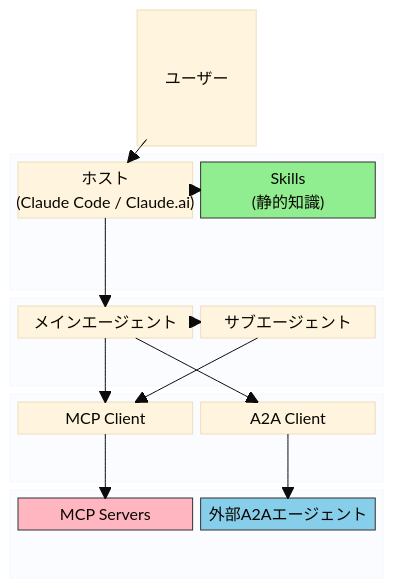
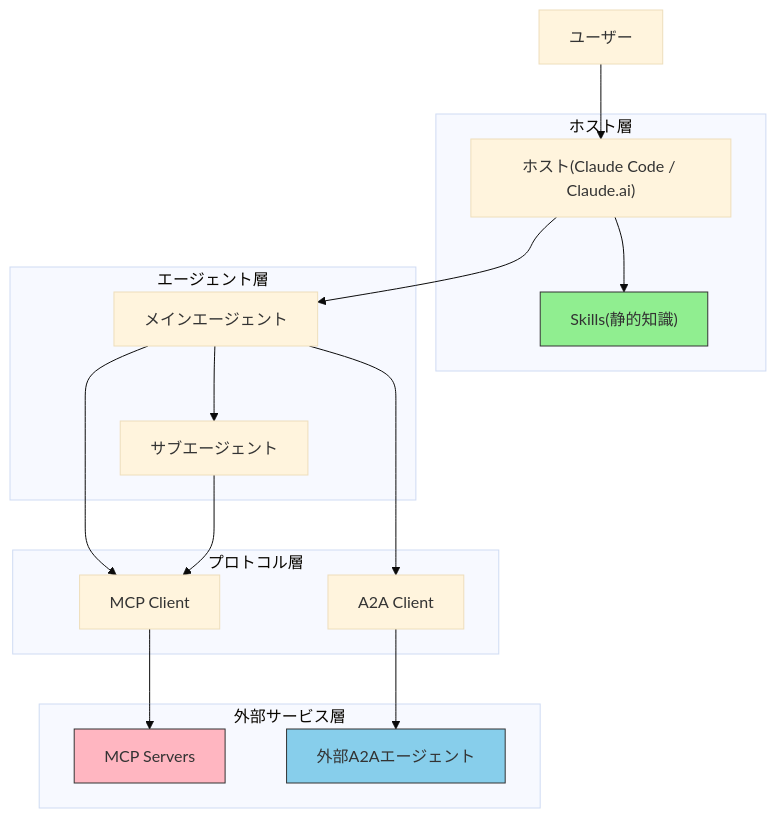
Before and after one commit to shuji-bonji/ai-agent-architecture: the second of 12 diagrams in docs/concepts/03-architecture.ja.md, drawn with Mermaid (base theme). The commit also changed other lines of this file and 16 other files, not shown here.

````diff
--- a/docs/concepts/03-architecture.ja.md
+++ b/docs/concepts/03-architecture.ja.md
@@ -56,40 +56,38 @@
 ```mermaid
-block-beta
-    columns 3
+flowchart TB
+    USER["ユーザー"]
 
-    space:1 USER["ユーザー"]:1 space:1
-
-    block:HOST_LAYER:3
-        columns 3
-        HOST["ホスト\n(Claude Code / Claude.ai)"]:2 SKILL["Skills\n(静的知識)"]:1
+    subgraph HOST_LAYER["ホスト層"]
+        HOST["ホスト<bn>(Claude Code / Claude.ai)"]
+        SKILL["Skills<bn>(静的知識)"]
     end
 
-    block:AGENT_LAYER:3
-        columns 3
-        MAIN["メインエージェント"]:2 SUB["サブエージェント"]:1
+    subgraph AGENT_LAYER["エージェント層"]
+        MAIN["メインエージェント"]
+        SUB["サブエージェント"]
     end
 
-    block:PROTOCOL_LAYER:3
-        columns 3
-        MCP_CLIENT["MCP Client"]:2 A2A_CLIENT["A2A Client"]:1
+    subgraph PROTOCOL_LAYER["プロトコル層"]
+        MCP_CLIENT["MCP Client"]
+        A2A_CLIENT["A2A Client"]
     end
 
-    block:EXTERNAL_LAYER:3
-        columns 3
-        MCP_SERVER["MCP Servers"]:2 A2A_AGENT["外部A2Aエージェント"]:1
+    subgraph EXTERNAL_LAYER["外部サービス層"]
+        MCP_SERVER["MCP Servers"]
+        A2A_AGENT["外部A2Aエージェント"]
     end
 
     USER --> HOST
     HOST --> SKILL
     HOST --> MAIN
     MAIN --> SUB
     MAIN --> MCP_CLIENT
     MAIN --> A2A_CLIENT
     SUB --> MCP_CLIENT
     MCP_CLIENT --> MCP_SERVER
     A2A_CLIENT --> A2A_AGENT
 
     style SKILL fill:#90EE90,color:#333,stroke:#333
     style MCP_SERVER fill:#FFB6C1,color:#333,stroke:#333
     style A2A_AGENT fill:#87CEEB,color:#333,stroke:#333
 ```
````
